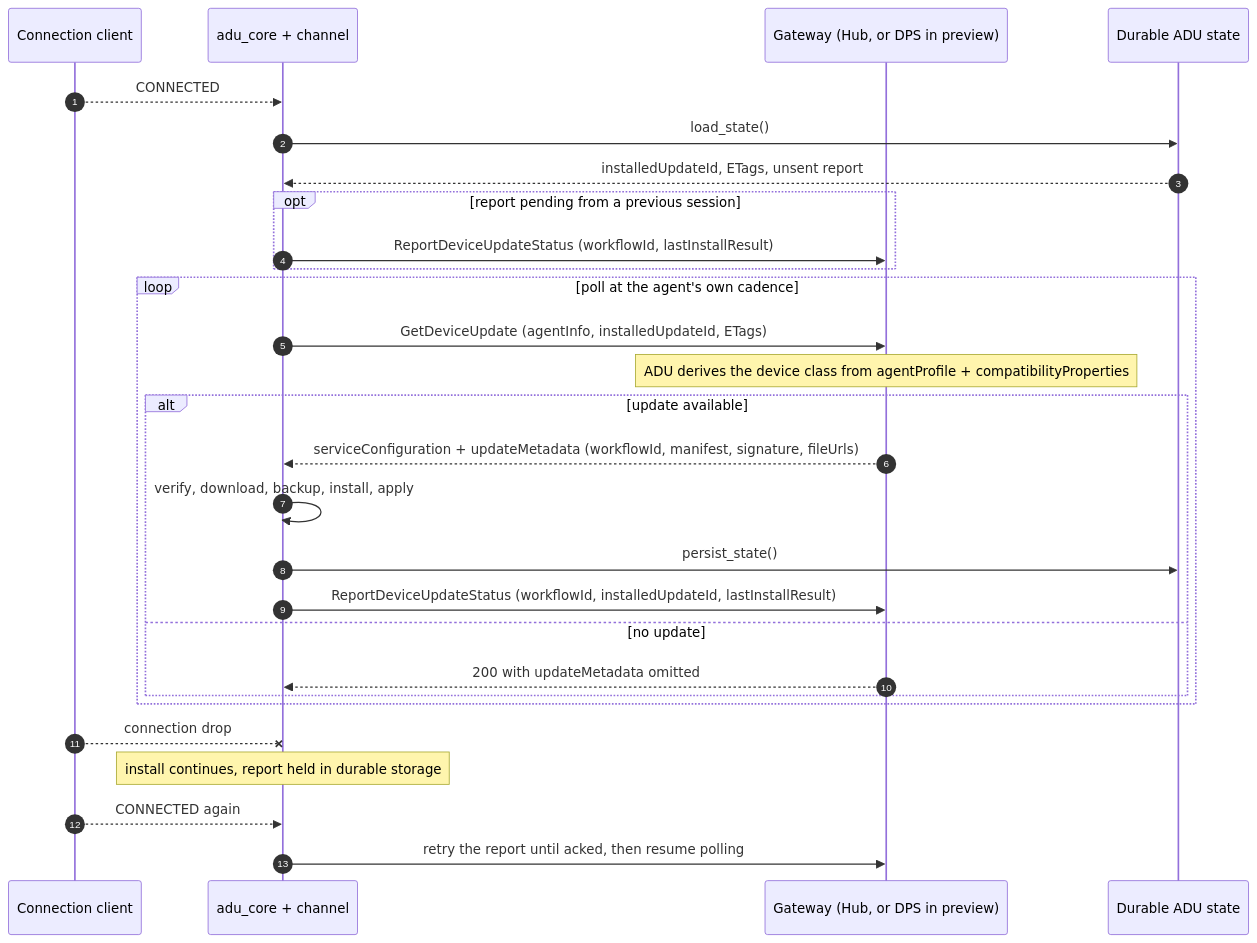
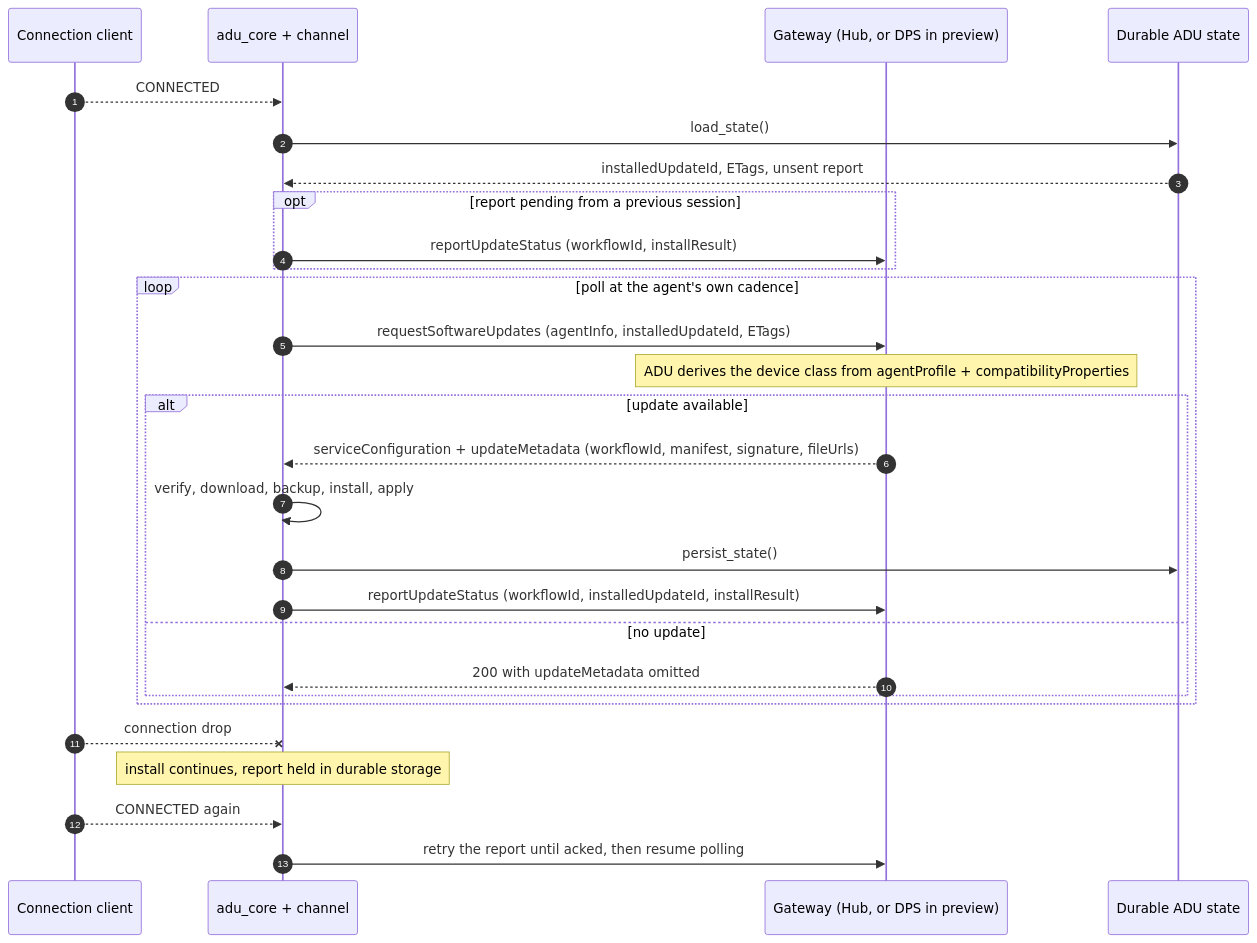
Before and after one commit to Azure/azure-iot-sdk: the eighth of 9 diagrams in c/docs/connection.md, drawn with Mermaid. The commit also changed other lines of this file and 3 other files, not shown here.

````diff
--- a/c/docs/connection.md
+++ b/c/docs/connection.md
@@ -435,33 +439,33 @@
 ```mermaid
 sequenceDiagram
     autonumber
     participant Conn as Connection client
     participant ADU as adu_core + channel
     participant GW as Gateway (Hub, or DPS in preview)
     participant Store as Durable ADU state
 
     Conn-->>ADU: CONNECTED
     ADU->>Store: load_state()
     Store-->>ADU: installedUpdateId, ETags, unsent report
     opt report pending from a previous session
-        ADU->>GW: ReportDeviceUpdateStatus (workflowId, lastInstallResult)
+        ADU->>GW: reportUpdateStatus (workflowId, installResult)
     end
 
     loop poll at the agent's own cadence
-        ADU->>GW: GetDeviceUpdate (agentInfo, installedUpdateId, ETags)
+        ADU->>GW: requestSoftwareUpdates (agentInfo, installedUpdateId, ETags)
         Note over GW: ADU derives the device class from agentProfile + compatibilityProperties
         alt update available
             GW-->>ADU: serviceConfiguration + updateMetadata (workflowId, manifest, signature, fileUrls)
             ADU->>ADU: verify, download, backup, install, apply
             ADU->>Store: persist_state()
-            ADU->>GW: ReportDeviceUpdateStatus (workflowId, installedUpdateId, lastInstallResult)
+            ADU->>GW: reportUpdateStatus (workflowId, installedUpdateId, installResult)
         else no update
             GW-->>ADU: 200 with updateMetadata omitted
         end
     end
 
     Conn--xADU: connection drop
     Note over ADU: install continues, report held in durable storage
     Conn-->>ADU: CONNECTED again
     ADU->>GW: retry the report until acked, then resume polling
 ```
````
